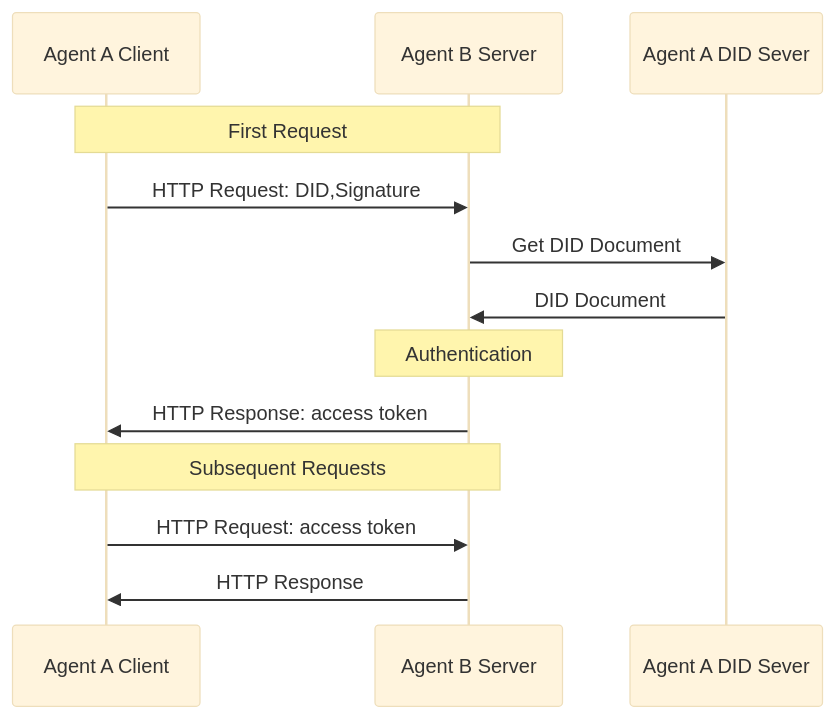
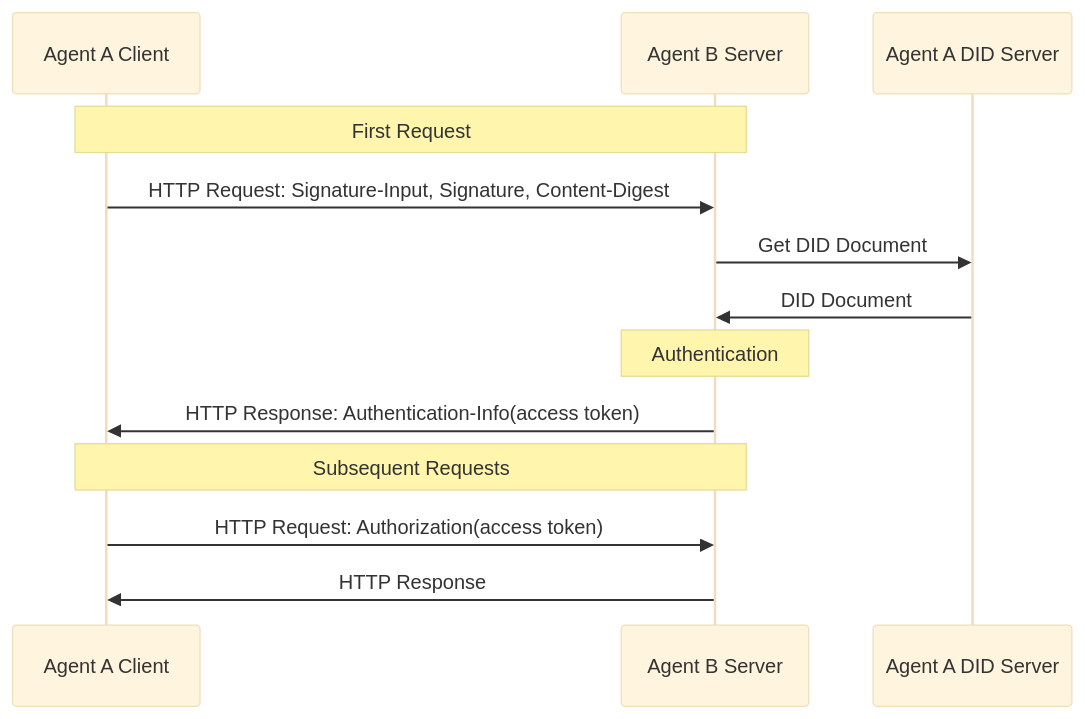
One commit to NeatNerdPrime/AgentNetworkProtocol changed the first of 2 diagrams in 03-did-wba-method-design-specification.md. Above: the diagram before and after it, drawn with Mermaid (base theme). The commit also changed other lines of this file and 3 other files, not shown here.

````diff
--- a/03-did-wba-method-design-specification.md
+++ b/03-did-wba-method-design-specification.md
@@ -269,21 +431,19 @@
 ```mermaid
 sequenceDiagram
     participant Agent A Client
-    participant Agent B Server 
-    participant Agent A DID Sever
+    participant Agent B Server
+    participant Agent A DID Server
 
     Note over Agent A Client,Agent B Server: First Request
-
-    Agent A Client->>Agent B Server: HTTP Request: DID,Signature
-    Agent B Server->>Agent A DID Sever: Get DID Document
-    Agent A DID Sever->>Agent B Server: DID Document
+    Agent A Client->>Agent B Server: HTTP Request: Signature-Input, Signature, Content-Digest
+    Agent B Server->>Agent A DID Server: Get DID Document
+    Agent A DID Server->>Agent B Server: DID Document
 
     Note over Agent B Server: Authentication
 
-    Agent B Server->>Agent A Client: HTTP Response: access token
+    Agent B Server->>Agent A Client: HTTP Response: Authentication-Info(access token)
 
     Note over Agent A Client, Agent B Server: Subsequent Requests
-
-    Agent A Client->>Agent B Server: HTTP Request: access token
+    Agent A Client->>Agent B Server: HTTP Request: Authorization(access token)
     Agent B Server->>Agent A Client: HTTP Response
 ```
````
